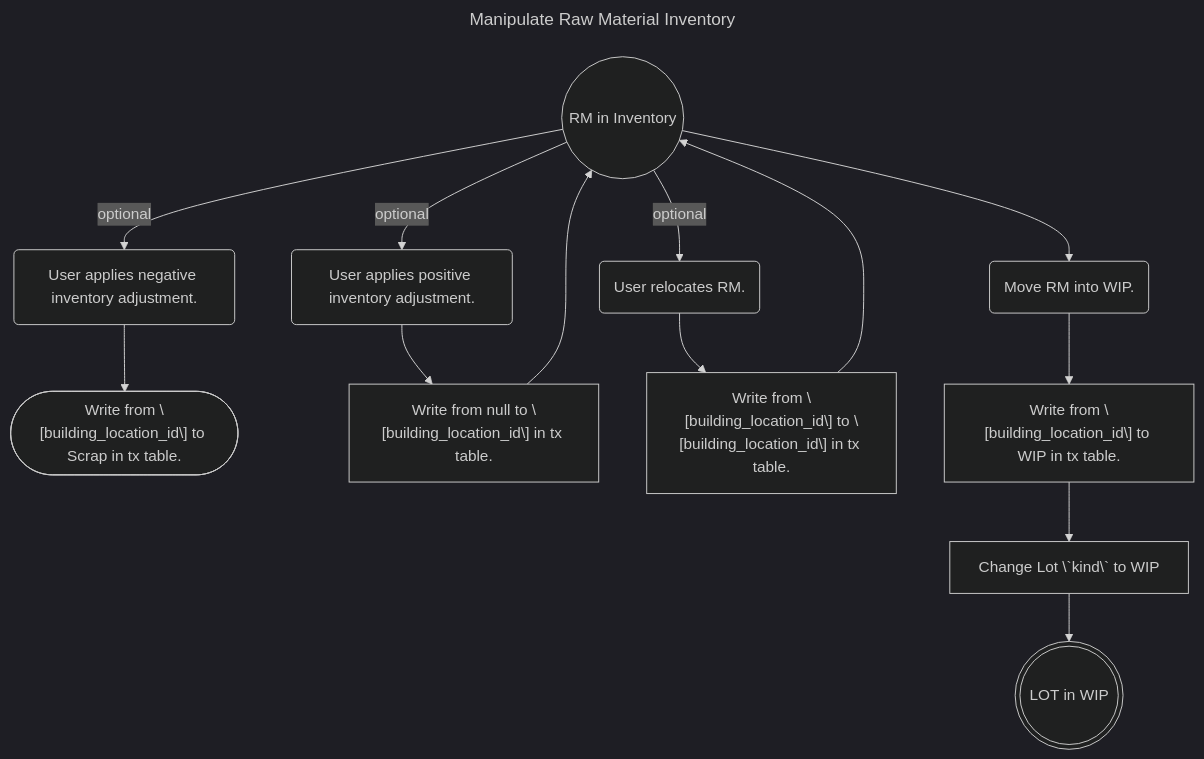
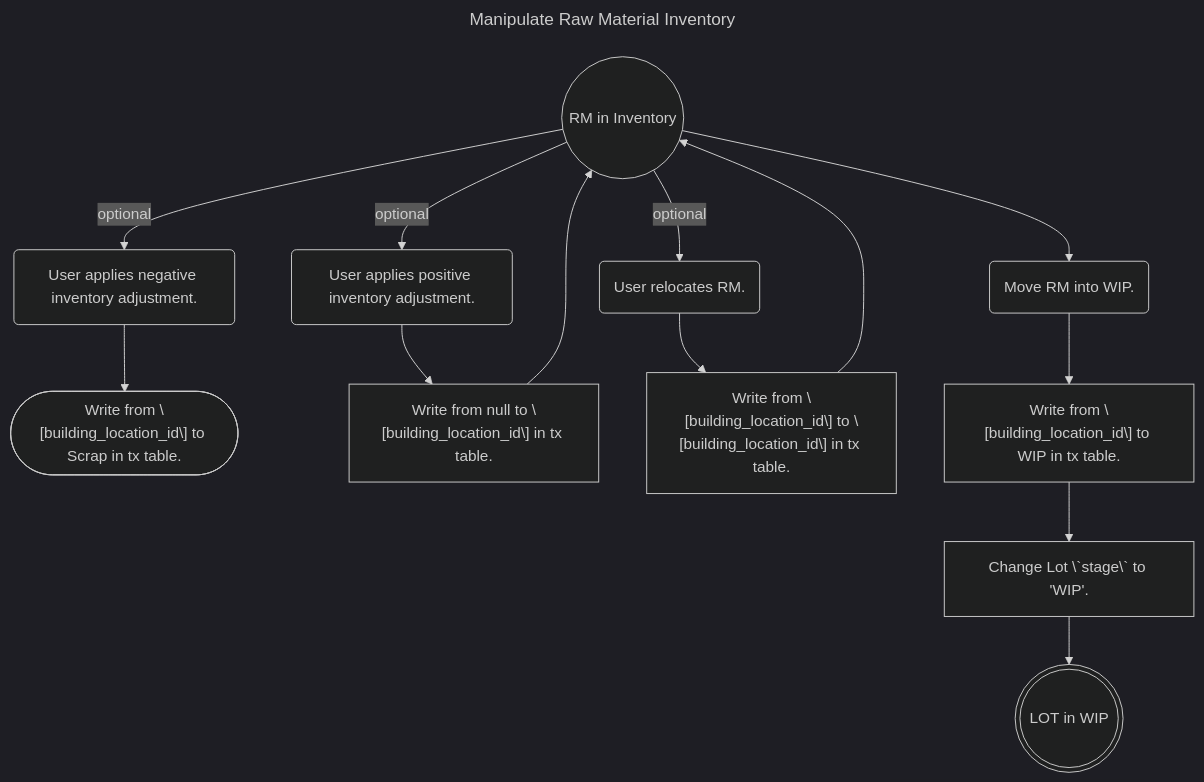
Before and after one commit to afi-spencerd/RSM: the fourth of 7 diagrams in src/tx_table_proposal.md, drawn with Mermaid (dark theme). The commit also changed other lines of this file, not shown here.

First line of the commit message:
docs: reconcile Item/Lot management and WIP→FG tx semantics

````diff
--- a/src/tx_table_proposal.md
+++ b/src/tx_table_proposal.md
@@ -151,22 +153,22 @@
 ```mermaid
 ---
 title: Manipulate Raw Material Inventory
 ---
 flowchart TB
   rm_in_inventory(("RM in Inventory"))
   adjust_inventory_negative("User applies negative inventory adjustment.")
   tx_adjust_inventory_negative(["Write from \[building_location_id\] to Scrap in tx table."])
   adjust_inventory_positive("User applies positive inventory adjustment.")
   tx_adjust_inventory_positive["Write from null to \[building_location_id\] in tx table."]
   relocate_rm("User relocates RM.")
   tx_relocate_rm["Write from \[building_location_id\] to \[building_location_id\] in tx table."]
   wip_rm("Move RM into WIP.")
   tx_wip_rm["Write from \[building_location_id\] to WIP in tx table."]
-  cast_rm_to_wip["Change Lot \`kind\` to WIP"]
+  cast_rm_to_wip["Change Lot \`stage\` to 'WIP'."]
   lot_in_wip((("LOT in WIP")))
 
   rm_in_inventory -->|optional| adjust_inventory_negative --> tx_adjust_inventory_negative
   rm_in_inventory -->|optional| adjust_inventory_positive --> tx_adjust_inventory_positive --> rm_in_inventory
   rm_in_inventory -->|optional| relocate_rm --> tx_relocate_rm --> rm_in_inventory
   rm_in_inventory --> wip_rm --> tx_wip_rm --> cast_rm_to_wip --> lot_in_wip
 ```
````
